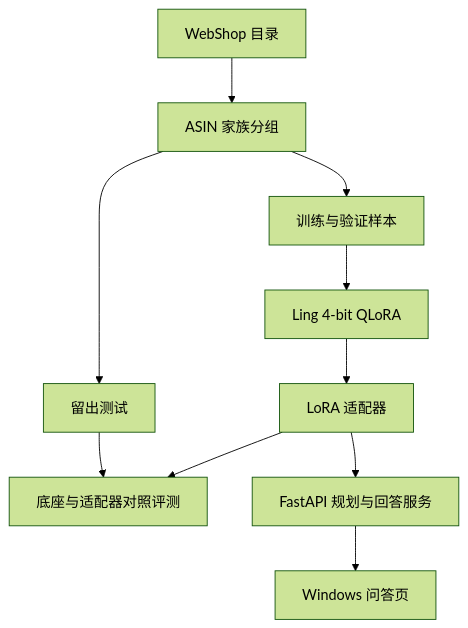
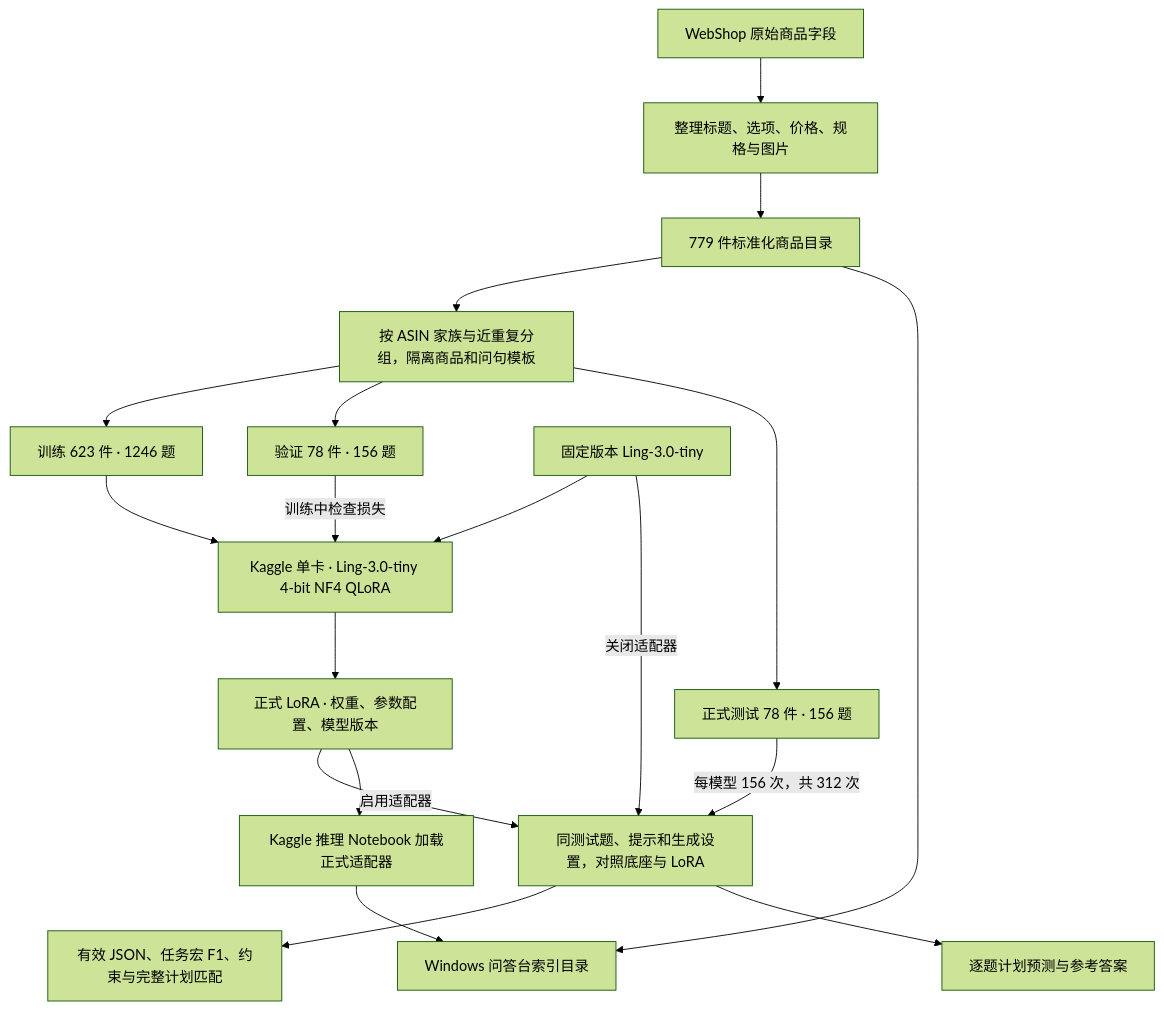
The fourth of 4 diagrams in docs/ARCHITECTURE.md (AaronYue77/webshop-ling-rag), drawn with Mermaid (forest theme) before and after one commit. The commit also changed other lines of this file and 6 other files, not shown here.

First line of the commit message:
Expand WebShop architecture diagrams and answer diagnostics

````diff
--- a/docs/ARCHITECTURE.md
+++ b/docs/ARCHITECTURE.md
@@ -30,12 +104,21 @@
 ```mermaid
 flowchart TD
-  C["WebShop 目录"] --> G["ASIN 家族分组"]
-  G --> S["训练与验证样本"]
-  G --> H["留出测试"]
-  S --> T["Ling 4-bit QLoRA"]
-  T --> W["LoRA 适配器"]
-  W --> E["底座与适配器对照评测"]
-  H --> E
-  W --> P["FastAPI 规划与回答服务"]
-  P --> B["Windows 问答页"]
+  RAW["WebShop 原始商品字段"] --> NORMAL["整理标题、选项、价格、规格与图片"]
+  NORMAL --> CATALOG["779 件标准化商品目录"]
+  CATALOG --> GROUP["按 ASIN 家族与近重复分组，隔离商品和问句模板"]
+  GROUP --> TRAINSET["训练 623 件 · 1246 题"]
+  GROUP --> VALIDATION["验证 78 件 · 156 题"]
+  GROUP --> TESTSET["正式测试 78 件 · 156 题"]
+  TRAINSET --> QLORA["Kaggle 单卡 · Ling-3.0-tiny 4-bit NF4 QLoRA"]
+  VALIDATION -->|训练中检查损失| QLORA
+  BASE["固定版本 Ling-3.0-tiny"] --> QLORA
+  QLORA --> ADAPTER["正式 LoRA · 权重、参数配置、模型版本"]
+  BASE -->|关闭适配器| EVAL["同测试题、提示和生成设置，对照底座与 LoRA"]
+  ADAPTER -->|启用适配器| EVAL
+  TESTSET -->|每模型 156 次，共 312 次| EVAL
+  EVAL --> METRICS["有效 JSON、任务宏 F1、约束与完整计划匹配"]
+  EVAL --> PERITEM["逐题计划预测与参考答案"]
+  ADAPTER --> DEPLOY["Kaggle 推理 Notebook 加载正式适配器"]
+  CATALOG --> WEB["Windows 问答台索引目录"]
+  DEPLOY --> WEB
 ```
````
